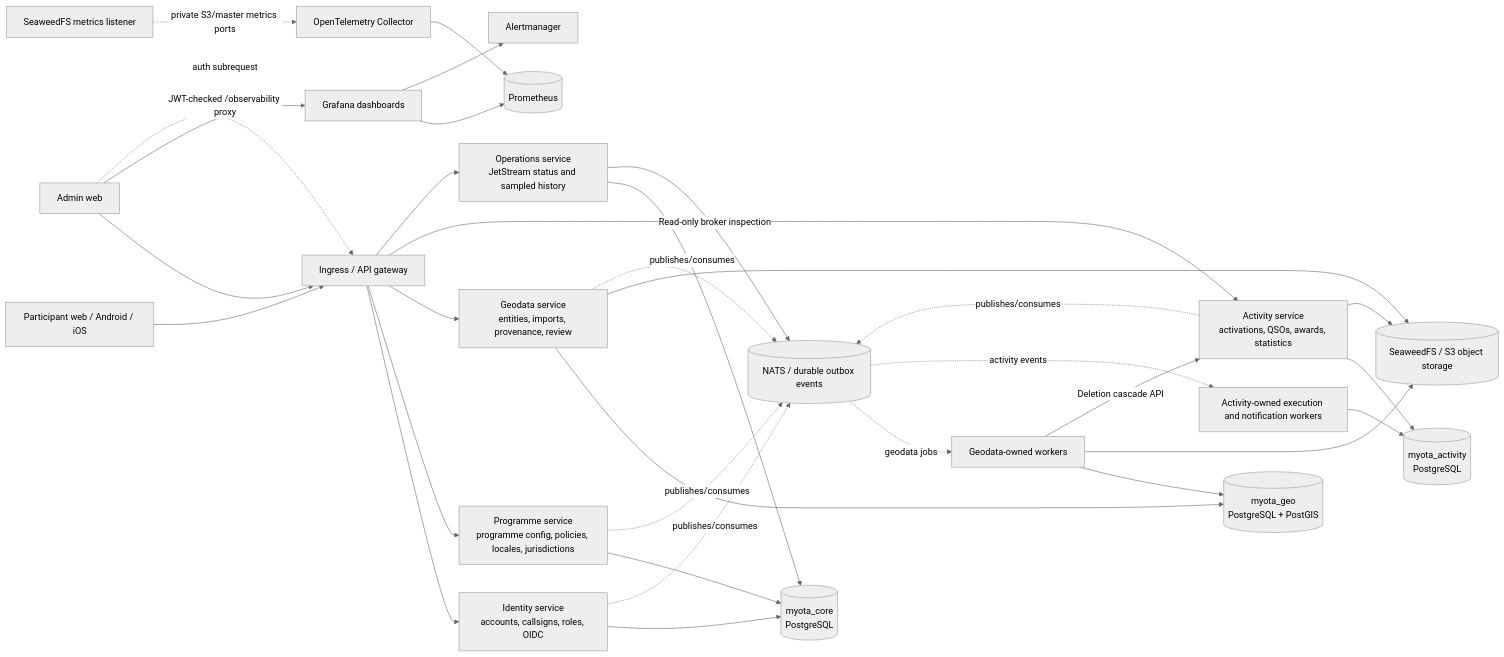
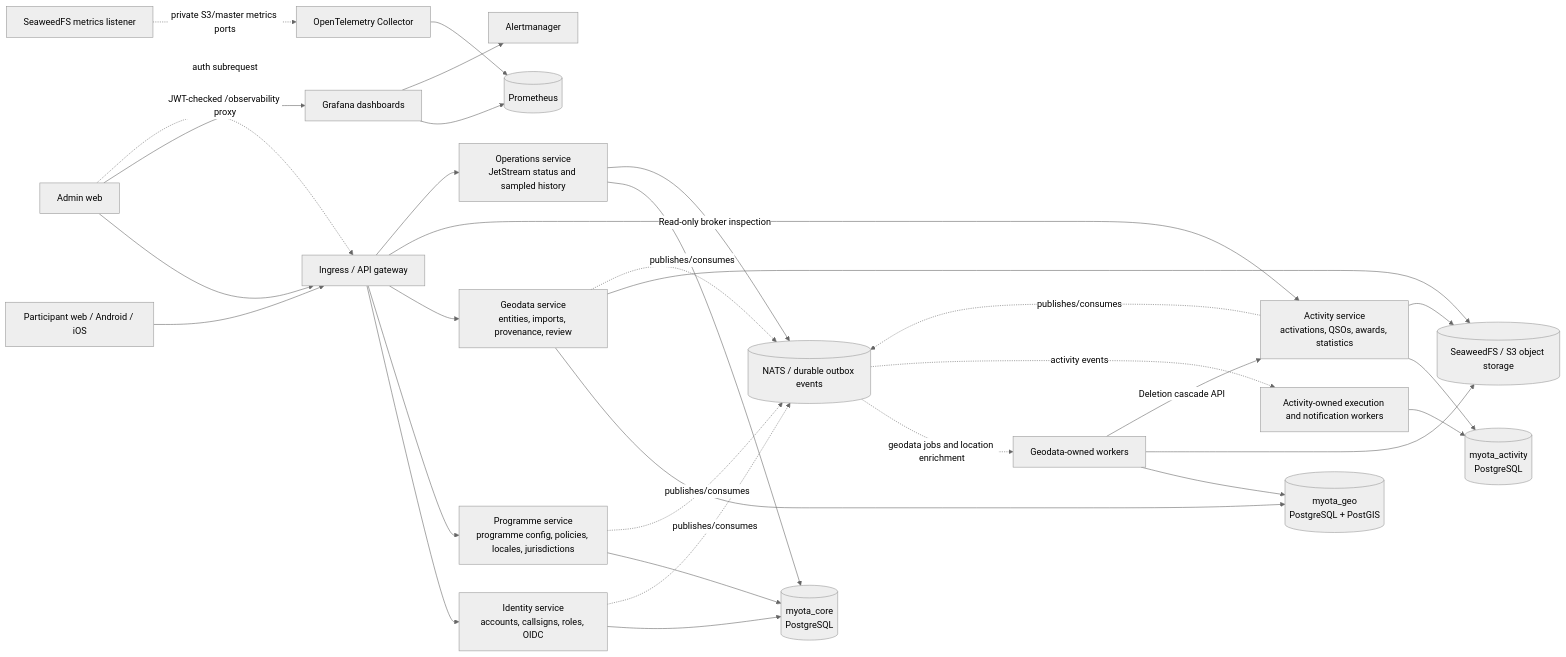
The first of 2 diagrams in docs/diagrams/service-boundaries.md (myota-platform/myota-docs), drawn with Mermaid (neutral theme) before and after one commit. The commit also changed other lines of this file and 7 other files, not shown here.

First line of the commit message:
docs(geodata): document asynchronous location enrichment

````diff
--- a/docs/diagrams/service-boundaries.md
+++ b/docs/diagrams/service-boundaries.md
@@ -8,50 +8,50 @@
 ```mermaid
 flowchart LR
   Participant[Participant web / Android / iOS]
   Admin[Admin web]
   Grafana[Grafana dashboards]
   Prometheus[(Prometheus)]
   Alertmanager[Alertmanager]
   Gateway[Ingress / API gateway]
   Events[(NATS / durable outbox events)]
   Core[(myota_core\nPostgreSQL)]
   ActivityDB[(myota_activity\nPostgreSQL)]
   GeoDB[(myota_geo\nPostgreSQL + PostGIS)]
   Objects[(SeaweedFS / S3 object storage)]
   SeaweedMetrics[SeaweedFS metrics listener]
   Collector[OpenTelemetry Collector]
 
   Participant --> Gateway
   Admin --> Gateway
   Admin -->|JWT-checked /observability proxy| Grafana
   Admin -. auth subrequest .-> Gateway
   Grafana --> Prometheus
   Grafana --> Alertmanager
   Gateway --> Identity[Identity service\naccounts, callsigns, roles, OIDC]
   Gateway --> Programme[Programme service\nprogramme config, policies, locales, jurisdictions]
   Gateway --> Geodata[Geodata service\nentities, imports, provenance, review]
   Gateway --> Activity[Activity service\nactivations, QSOs, awards, statistics]
   Gateway --> Operations[Operations service\nJetStream status and sampled history]
 
   Identity --> Core
   Programme --> Core
   Operations --> Core
   Operations -->|Read-only broker inspection| Events
   Geodata --> GeoDB
   Activity --> ActivityDB
   Geodata --> Objects
   Activity --> Objects
   SeaweedMetrics -. private S3/master metrics ports .-> Collector
   Collector --> Prometheus
 
   Identity -. publishes/consumes .-> Events
   Programme -. publishes/consumes .-> Events
   Geodata -. publishes/consumes .-> Events
   Activity -. publishes/consumes .-> Events
-  Events -. geodata jobs .-> GeoWorkers[Geodata-owned workers]
+  Events -. geodata jobs and location enrichment .-> GeoWorkers[Geodata-owned workers]
   GeoWorkers --> GeoDB
   GeoWorkers --> Objects
   GeoWorkers -->|Deletion cascade API| Activity
   ActivityWorkers[Activity-owned execution and notification workers] --> ActivityDB
   Events -. activity events .-> ActivityWorkers
 ```
````
